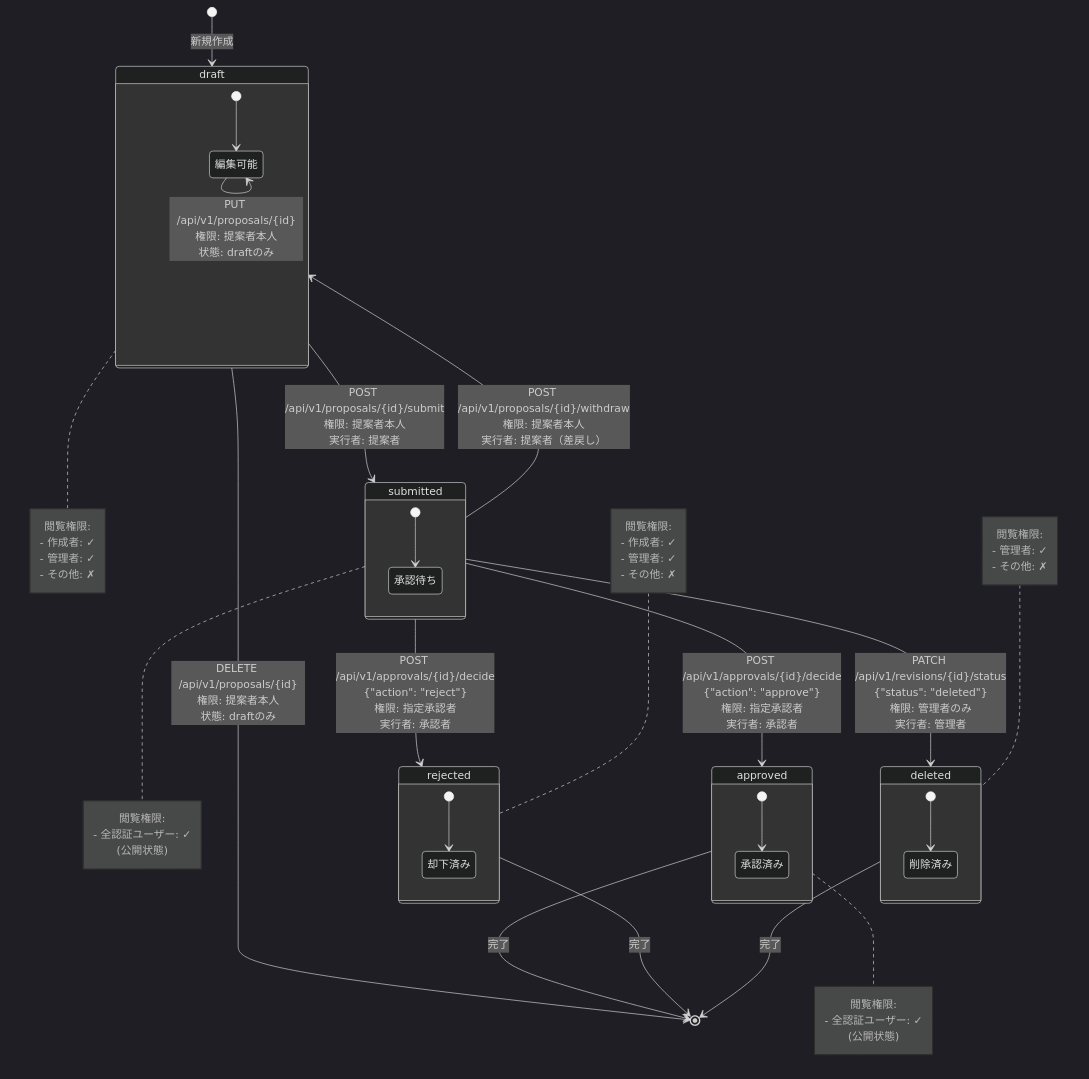
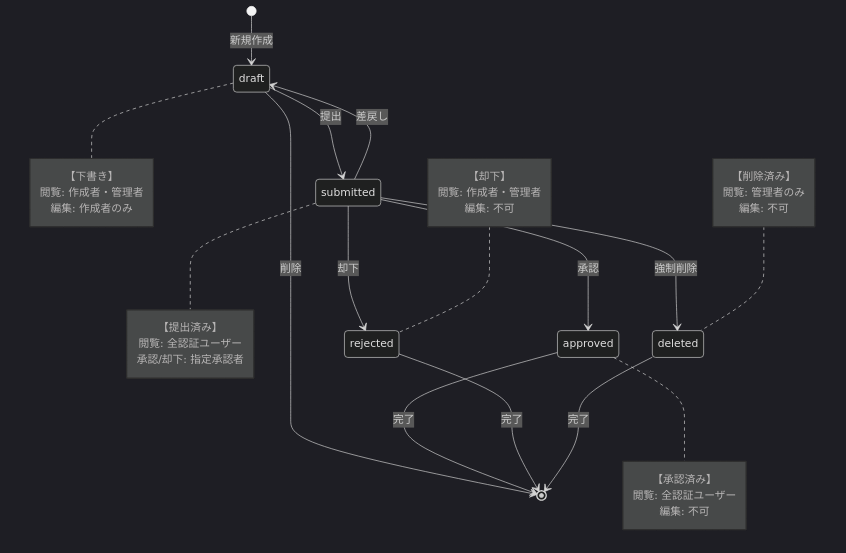
One commit to ekrsw/knowledge_app changed the diagram in .tmp/revision_workflow.md. Above: the diagram before and after it, drawn with Mermaid (dark theme). The commit also changed other lines of this file, not shown here.

Commit message:
fix: Mermaid構文エラーの修正
GitHub上でのレンダリングエラーを解決:
- <br/>タグを削除（Mermaid stateDiagramでサポートされていない）
- 遷移ラベルをシンプルに変更
- API詳細情報を別の表形式で表示
- noteセクションの内容を簡潔に修正

🤖 Generated with [Claude Code](https://claude.ai/code)

````diff
--- a/.tmp/revision_workflow.md
+++ b/.tmp/revision_workflow.md
@@ -5,81 +5,48 @@
 ```mermaid
 stateDiagram-v2
     %% 状態定義
     [*] --> draft: 新規作成
     
-    %% draft状態
-    state draft {
-        [*] --> 編集可能
-        編集可能 --> 編集可能: PUT /api/v1/proposals/{id}<br/>権限: 提案者本人<br/>状態: draftのみ
-    }
-    
-    %% submitted状態
-    state submitted {
-        [*] --> 承認待ち
-    }
-    
-    %% approved状態
-    state approved {
-        [*] --> 承認済み
-    }
-    
-    %% rejected状態  
-    state rejected {
-        [*] --> 却下済み
-    }
-    
-    %% deleted状態
-    state deleted {
-        [*] --> 削除済み
-    }
-    
     %% 状態遷移
-    draft --> submitted: POST /api/v1/proposals/{id}/submit<br/>権限: 提案者本人<br/>実行者: 提案者
-    
-    submitted --> approved: POST /api/v1/approvals/{id}/decide<br/>{"action": "approve"}<br/>権限: 指定承認者<br/>実行者: 承認者
-    
-    submitted --> rejected: POST /api/v1/approvals/{id}/decide<br/>{"action": "reject"}<br/>権限: 指定承認者<br/>実行者: 承認者
-    
-    submitted --> draft: POST /api/v1/proposals/{id}/withdraw<br/>権限: 提案者本人<br/>実行者: 提案者（差戻し）
-    
-    submitted --> deleted: PATCH /api/v1/revisions/{id}/status<br/>{"status": "deleted"}<br/>権限: 管理者のみ<br/>実行者: 管理者
-    
-    draft --> [*]: DELETE /api/v1/proposals/{id}<br/>権限: 提案者本人<br/>状態: draftのみ
+    draft --> submitted: 提出
+    submitted --> approved: 承認
+    submitted --> rejected: 却下  
+    submitted --> draft: 差戻し
+    submitted --> deleted: 強制削除
+    draft --> [*]: 削除
     
     approved --> [*]: 完了
     rejected --> [*]: 完了
     deleted --> [*]: 完了
 
     %% 状態の説明
     note right of draft
-        閲覧権限:
-        - 作成者: ✓
-        - 管理者: ✓
-        - その他: ✗
+        【下書き】
+        閲覧: 作成者・管理者
+        編集: 作成者のみ
     end note
     
     note right of submitted
-        閲覧権限:
-        - 全認証ユーザー: ✓
-        (公開状態)
+        【提出済み】
+        閲覧: 全認証ユーザー
+        承認/却下: 指定承認者
     end note
     
     note right of approved
-        閲覧権限:
-        - 全認証ユーザー: ✓
-        (公開状態)
+        【承認済み】
+        閲覧: 全認証ユーザー
+        編集: 不可
     end note
     
     note left of rejected
-        閲覧権限:
-        - 作成者: ✓
-        - 管理者: ✓
-        - その他: ✗
+        【却下】
+        閲覧: 作成者・管理者
+        編集: 不可
     end note
     
     note left of deleted
-        閲覧権限:
-        - 管理者: ✓
-        - その他: ✗
+        【削除済み】
+        閲覧: 管理者のみ
+        編集: 不可
     end note
 ```
````
